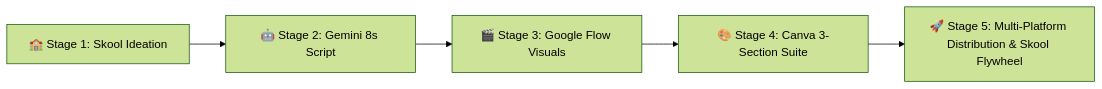
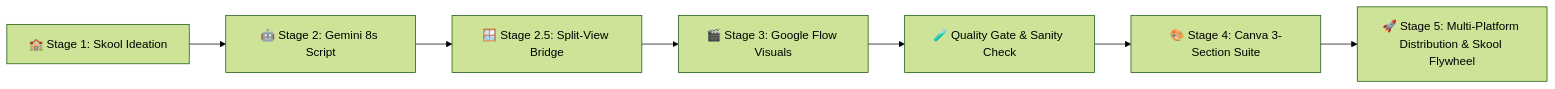
The diagram in README.md (rifaterdemsahin/aug-video-animation-3), drawn with Mermaid (forest theme) before and after one commit. The commit also changed other lines of this file and 4 other files, not shown here.

Commit message:
feat: add split-view simulation breakdown, interactive budget calculator, and quality gate sanity check

````diff
--- a/README.md
+++ b/README.md
@@ -11,7 +11,9 @@
 ```mermaid
 flowchart LR
     A[🏫 Stage 1: Skool Ideation] --> B[🤖 Stage 2: Gemini 8s Script]
-    B --> C[🎬 Stage 3: Google Flow Visuals]
-    C --> D[🎨 Stage 4: Canva 3-Section Suite]
+    B --> S[🪟 Stage 2.5: Split-View Bridge]
+    S --> C[🎬 Stage 3: Google Flow Visuals]
+    C --> QC[🧪 Quality Gate & Sanity Check]
+    QC --> D[🎨 Stage 4: Canva 3-Section Suite]
     D --> E[🚀 Stage 5: Multi-Platform Distribution & Skool Flywheel]
 ```
````
